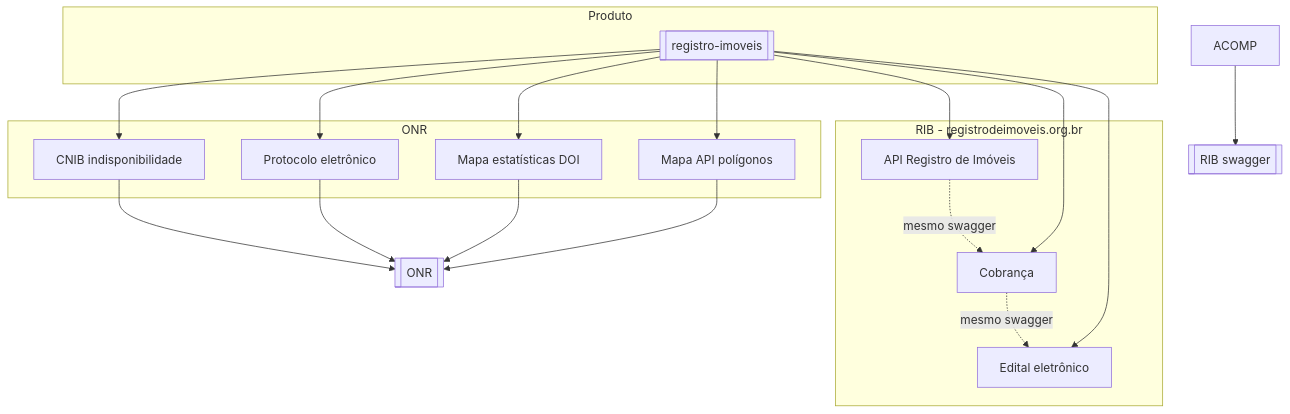
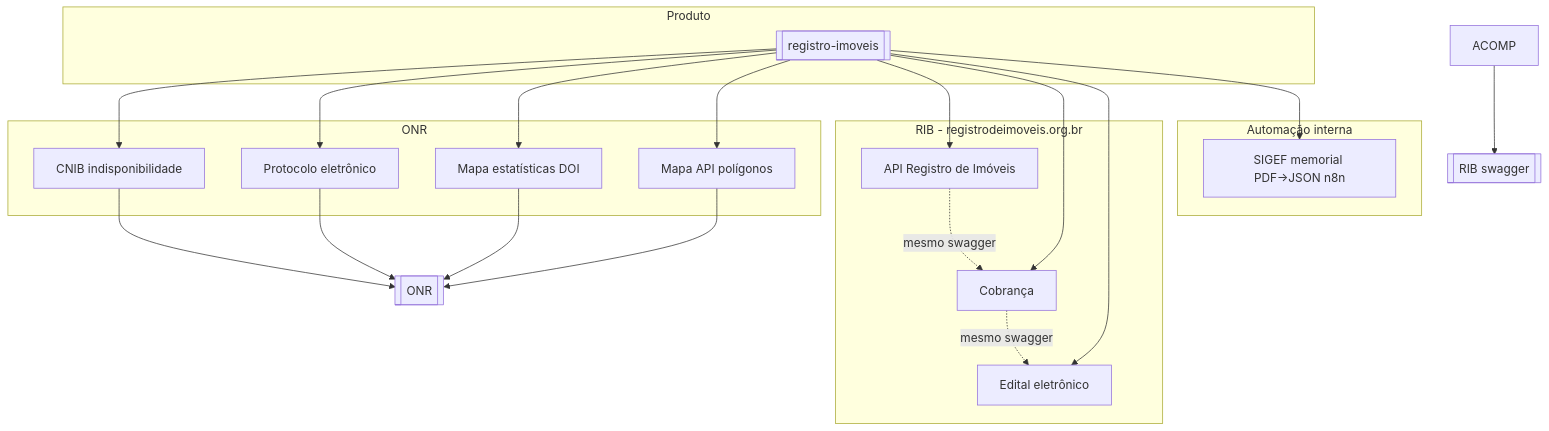
The diagram in Orius/integracoes/registro-imoveis/00-indice.md (Ioshuasl/obsidian-vault), drawn with Mermaid before and after one commit. The commit also changed other lines of this file and 5 other files, not shown here.

````diff
--- a/Orius/integracoes/registro-imoveis/00-indice.md
+++ b/Orius/integracoes/registro-imoveis/00-indice.md
@@ -16,31 +16,35 @@
 ```mermaid
 flowchart TB
   subgraph produto [Produto]
     RI[[registro-imoveis]]
   end
   subgraph onr [ONR]
     CNIB[CNIB indisponibilidade]
     PROT[Protocolo eletrônico]
     MAPA[Mapa estatísticas DOI]
     POL[Mapa API polígonos]
+  end
+  subgraph automacao [Automação interna]
+    MEM[SIGEF memorial PDF→JSON n8n]
   end
   subgraph rib [RIB - registrodeimoveis.org.br]
     APIRI[API Registro de Imóveis]
     COB[Cobrança]
     ED[Edital eletrônico]
   end
   RI --> CNIB
   RI --> PROT
   RI --> MAPA
   RI --> POL
   RI --> APIRI
   RI --> COB
   RI --> ED
+  RI --> MEM
   ACOMP --> RIBhub[[RIB swagger]]
   CNIB --> ONRhub[[ONR]]
   PROT --> ONRhub
   MAPA --> ONRhub
   POL --> ONRhub
   APIRI -. mesmo swagger .-> COB
   COB -. mesmo swagger .-> ED
 ```
````
